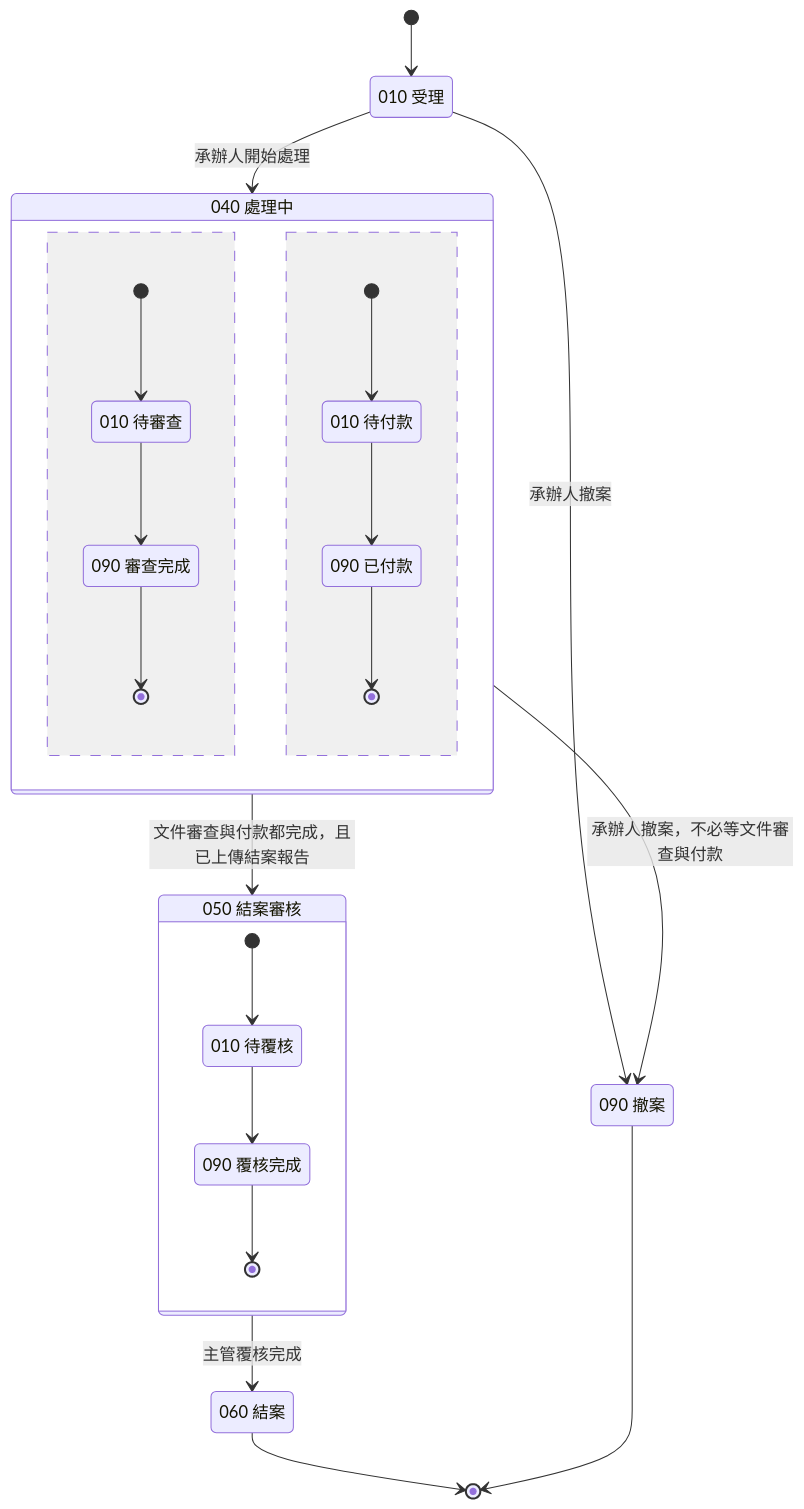
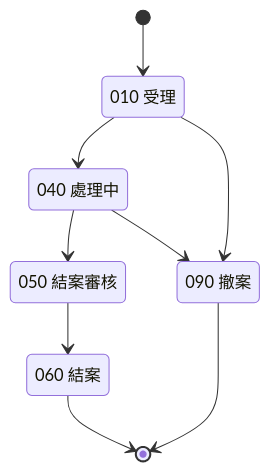
Before and after one commit to jonny50905/MCPSample: the second of 4 diagrams in docs/design/spec-schema-framework/examples/gate/input/status-CASE_STATUS.md, drawn with Mermaid. The commit also changed other lines of this file and 42 other files, not shown here.

First line of the commit message:
docs(design): issue #37 不規定 Mermaid 畫法——狀態圖改由三位讀者解讀、外環逐行檢查並多數決（D24）

````diff
--- a/docs/design/spec-schema-framework/examples/gate/input/status-CASE_STATUS.md
+++ b/docs/design/spec-schema-framework/examples/gate/input/status-CASE_STATUS.md
@@ -33,34 +33,16 @@
 ```mermaid
 stateDiagram-v2
     state "010 受理" as M010
-    state "040 處理中" as M040 {
-        state "010 待審查" as D010
-        state "090 審查完成" as D090
-        [*] --> D010
-        D010 --> D090
-        D090 --> [*]
-        --
-        state "010 待付款" as P010
-        state "090 已付款" as P090
-        [*] --> P010
-        P010 --> P090
-        P090 --> [*]
-    }
-    state "050 結案審核" as M050 {
-        state "010 待覆核" as A010
-        state "090 覆核完成" as A090
-        [*] --> A010
-        A010 --> A090
-        A090 --> [*]
-    }
+    state "040 處理中" as M040
+    state "050 結案審核" as M050
     state "060 結案" as M060
     state "090 撤案" as M090
     [*] --> M010
-    M010 --> M040 : 承辦人開始處理
-    M040 --> M050 : 文件審查與付款都完成，且已上傳結案報告
-    M050 --> M060 : 主管覆核完成
-    M010 --> M090 : 承辦人撤案
-    M040 --> M090 : 承辦人撤案，不必等文件審查與付款
+    M010 --> M040
+    M040 --> M050
+    M050 --> M060
+    M010 --> M090
+    M040 --> M090
     M060 --> [*]
     M090 --> [*]
 ```
````
